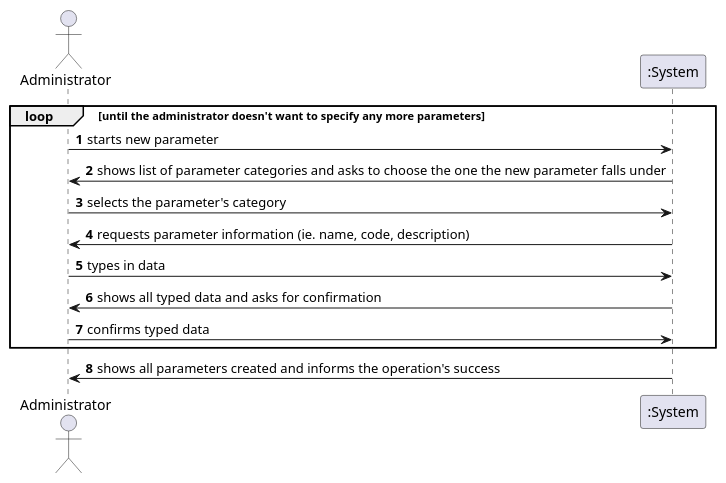
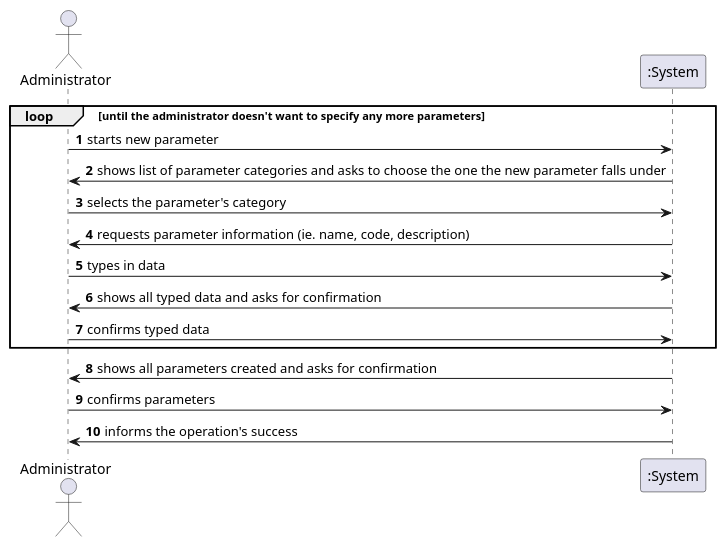
The diagram in docs/SprintB/US10/US10_SSD.puml (MadDinosaur/ISEP-LAPR2), drawn with PlantUML before and after one commit. The commit also changed 26 other files, not shown here.

```diff
--- a/docs/SprintB/US10/US10_SSD.puml
+++ b/docs/SprintB/US10/US10_SSD.puml
@@ -1,18 +1,20 @@
 @startuml
 
 autonumber
 
 actor Administrator
 
 loop until the administrator doesn't want to specify any more parameters
 Administrator -> ":System": starts new parameter
 ":System" -> Administrator: shows list of parameter categories and asks to choose the one the new parameter falls under
 Administrator -> ":System": selects the parameter's category
 ":System" -> Administrator: requests parameter information (ie. name, code, description)
 Administrator -> ":System": types in data
 ":System" -> Administrator: shows all typed data and asks for confirmation
 Administrator -> ":System": confirms typed data
 end loop
-":System" -> Administrator: shows all parameters created and informs the operation's success
+":System" -> Administrator: shows all parameters created and asks for confirmation
+Administrator -> ":System": confirms parameters
+":System" -> Administrator: informs the operation's success
 
 @enduml
```
